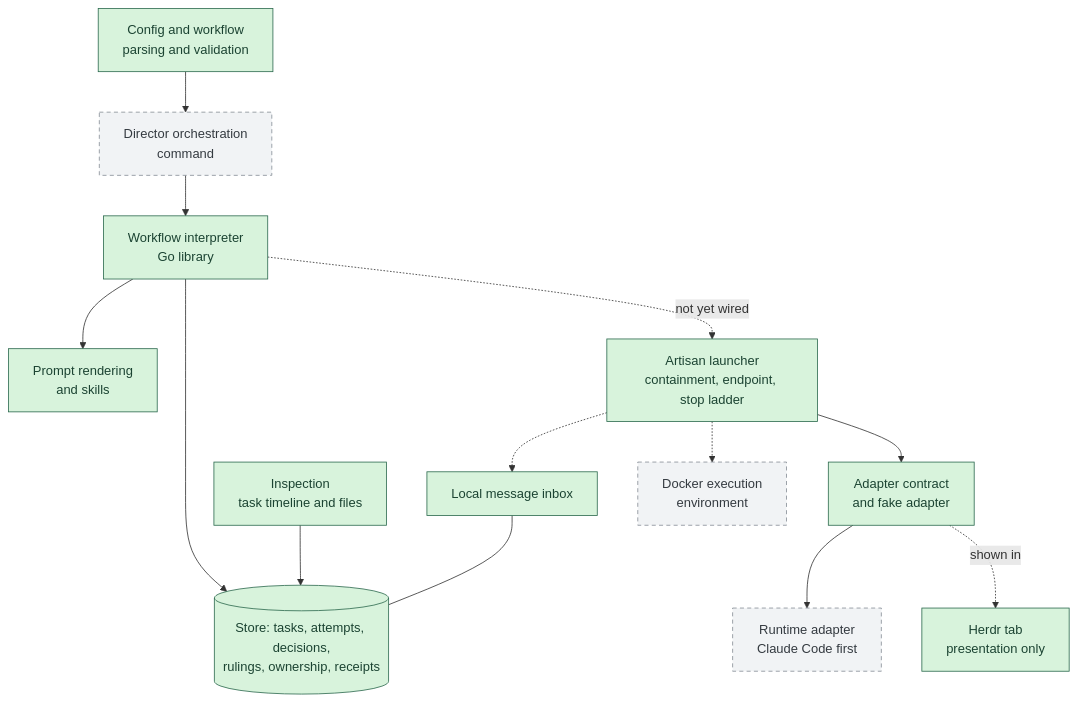
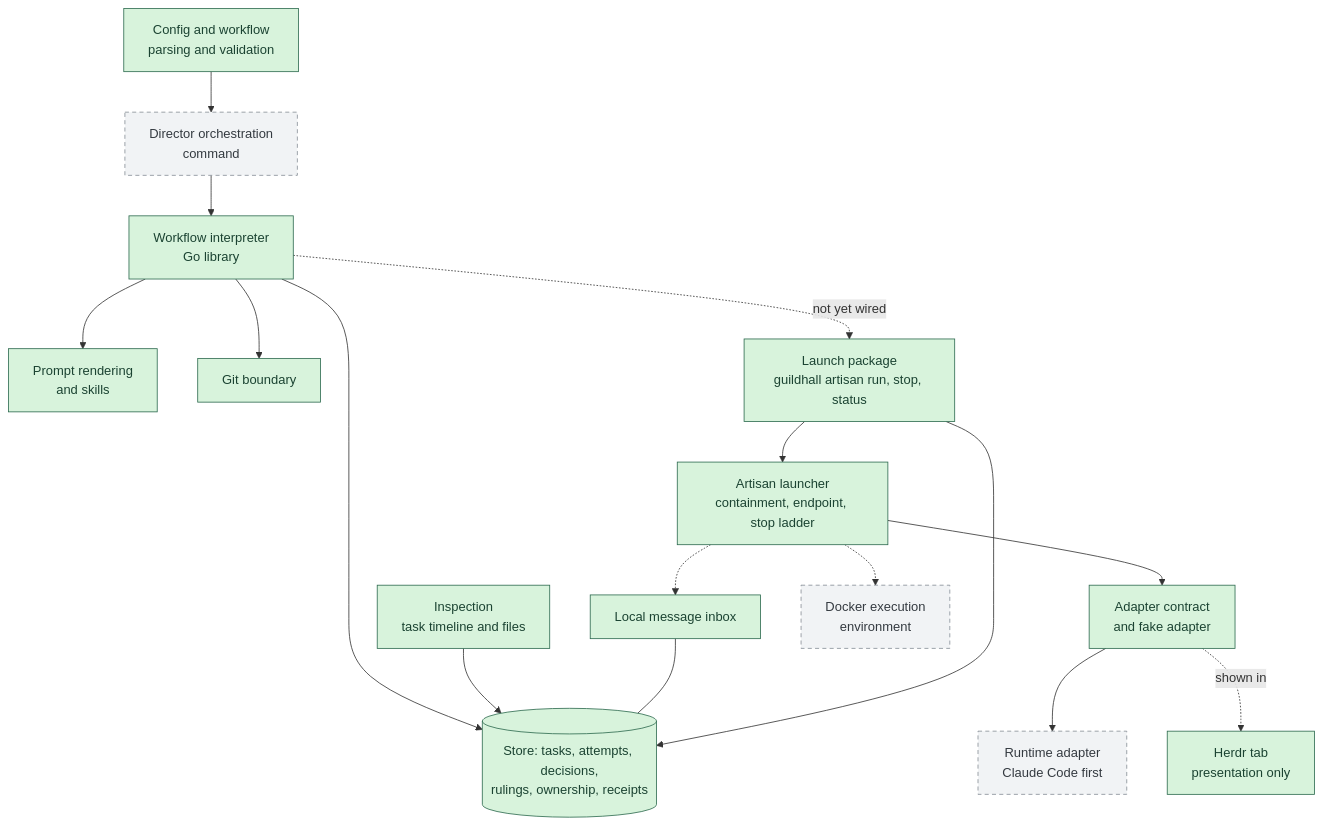
The second of 4 diagrams in README.md (ndrwl/guildhall), drawn with Mermaid before and after one commit. The commit also changed other lines of this file, not shown here.

Commit message:
docs(readme): separate role ownership from communication flow

````diff
--- a/README.md
+++ b/README.md
@@ -79,31 +85,36 @@
 ```mermaid
 flowchart TB
     classDef built fill:#d8f3dc,stroke:#2d6a4f,color:#1b4332
     classDef planned fill:#f1f3f5,stroke:#868e96,color:#343a40,stroke-dasharray:5 4
 
     CFG["Config and workflow<br/>parsing and validation"]:::built
     STORE[("Store: tasks, attempts, decisions,<br/>rulings, ownership, receipts")]:::built
     MSG["Local message inbox"]:::built
     INSP["Inspection<br/>task timeline and files"]:::built
     DIR["Director orchestration<br/>command"]:::planned
     INTERP["Workflow interpreter<br/>Go library"]:::built
     RENDER["Prompt rendering<br/>and skills"]:::built
+    GIT["Git boundary"]:::built
+    LAUNCH["Launch package<br/>guildhall artisan run, stop, status"]:::built
     WRAP["Artisan launcher<br/>containment, endpoint, stop ladder"]:::built
     ADAPT["Adapter contract<br/>and fake adapter"]:::built
     RT["Runtime adapter<br/>Claude Code first"]:::planned
     EXEC["Docker execution<br/>environment"]:::planned
     HERDR["Herdr tab<br/>presentation only"]:::built
 
     CFG --> DIR
     DIR --> INTERP
     INTERP --> STORE
     INTERP --> RENDER
     INSP --> STORE
     MSG --- STORE
-    INTERP -. "not yet wired" .-> WRAP
+    INTERP --> GIT
+    INTERP -. "not yet wired" .-> LAUNCH
+    LAUNCH --> WRAP
+    LAUNCH --> STORE
     WRAP --> ADAPT
     ADAPT --> RT
     WRAP -.-> EXEC
     WRAP -.-> MSG
     ADAPT -. "shown in" .-> HERDR
 ```
````
